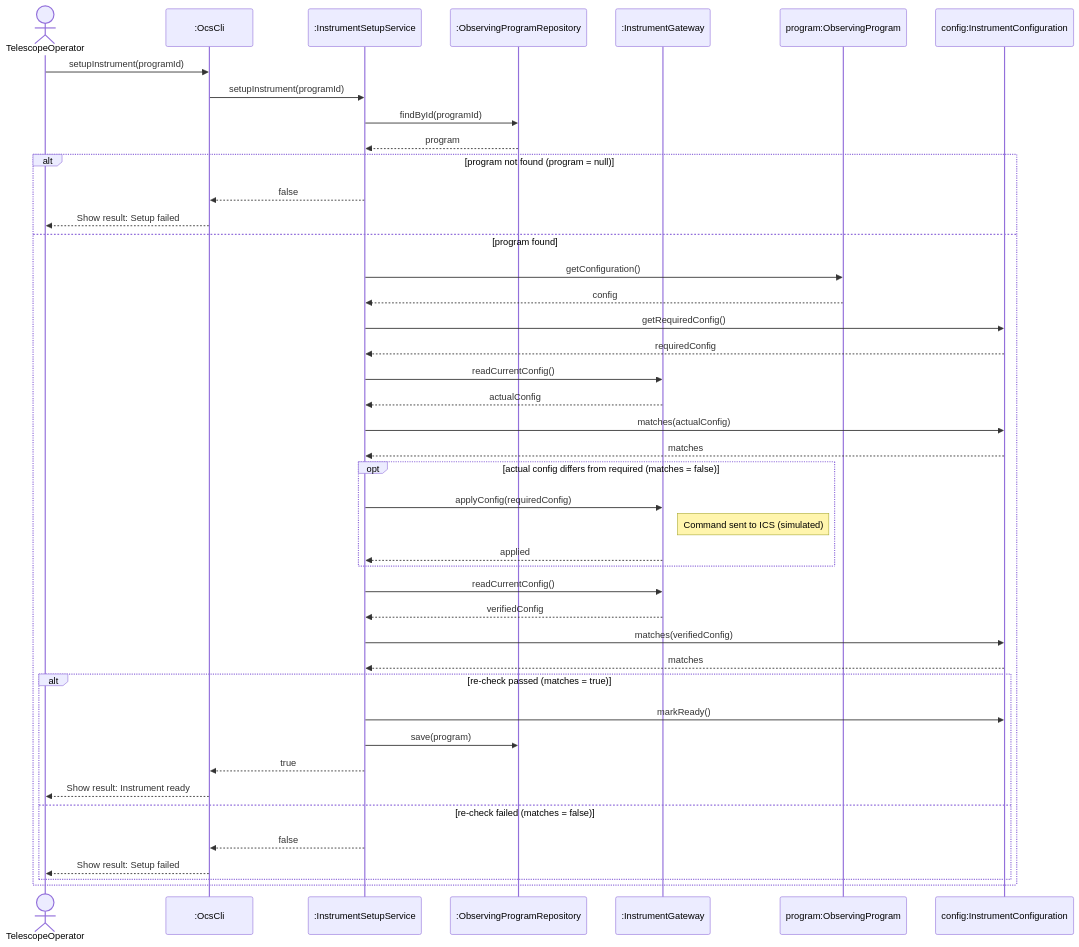
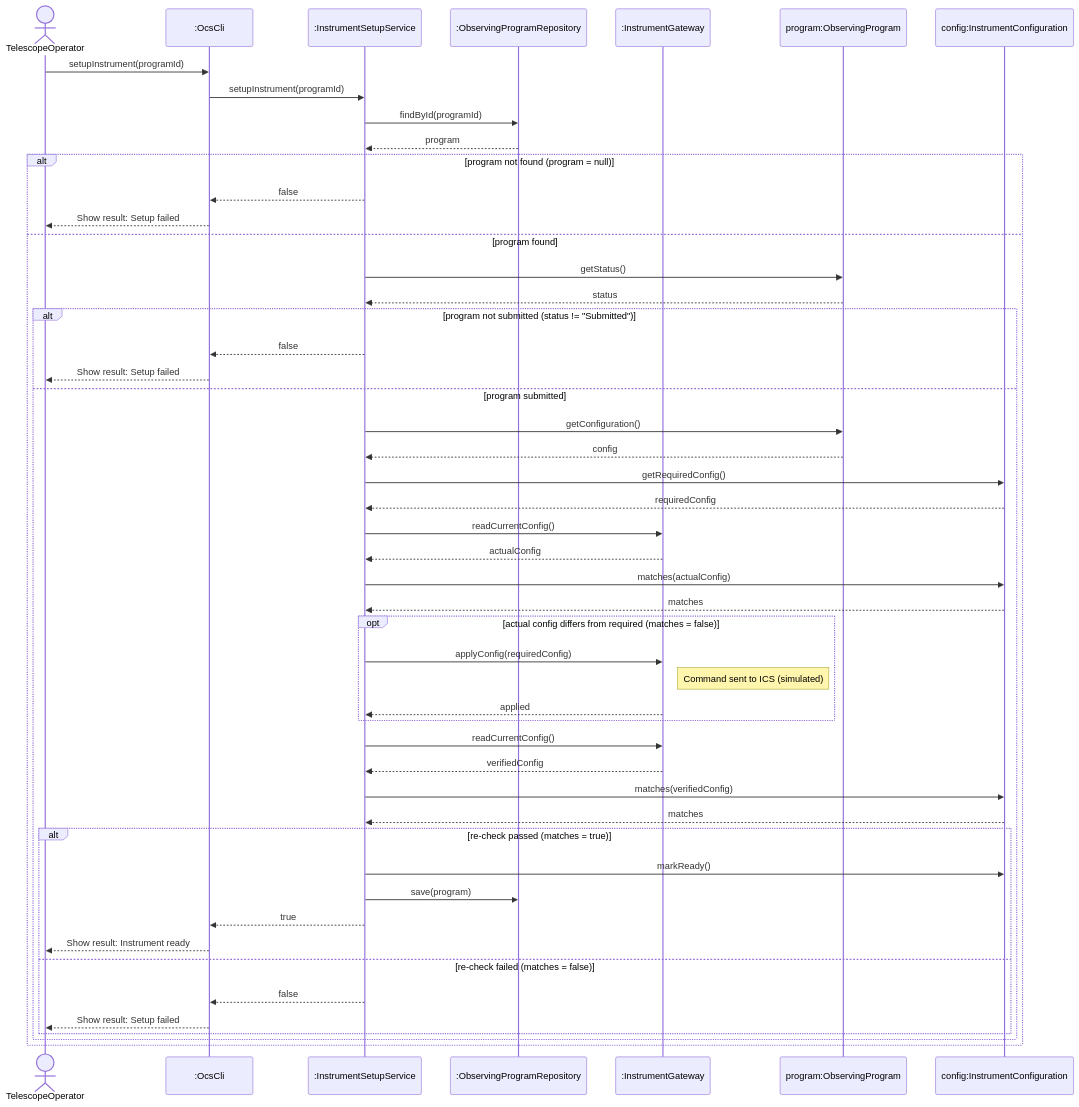
The fourth of 6 diagrams in Chicken bomb_D4_Design.md (WRNT-P/SW-design), drawn with Mermaid before and after one commit. The commit also changed other lines of this file and 6 other files, not shown here.

````diff
--- a/Chicken bomb_D4_Design.md
+++ b/Chicken bomb_D4_Design.md
@@ -475,50 +472,57 @@
 ```mermaid
 sequenceDiagram
     actor TelescopeOperator
     participant Cli as :OcsCli
     participant SetupSvc as :InstrumentSetupService
     participant ProgRepo as :ObservingProgramRepository
     participant Gateway as :InstrumentGateway
     participant Prog as program:ObservingProgram
     participant Config as config:InstrumentConfiguration
 
     TelescopeOperator->>Cli: setupInstrument(programId)
     Cli->>SetupSvc: setupInstrument(programId)
     SetupSvc->>ProgRepo: findById(programId)
     ProgRepo-->>SetupSvc: program
     alt program not found (program = null)
         SetupSvc-->>Cli: false
         Cli-->>TelescopeOperator: Show result: Setup failed
     else program found
-        SetupSvc->>Prog: getConfiguration()
-        Prog-->>SetupSvc: config
-        SetupSvc->>Config: getRequiredConfig()
-        Config-->>SetupSvc: requiredConfig
-
-        SetupSvc->>Gateway: readCurrentConfig()
-        Gateway-->>SetupSvc: actualConfig
-        SetupSvc->>Config: matches(actualConfig)
-        Config-->>SetupSvc: matches
-
-        opt actual config differs from required (matches = false)
-            SetupSvc->>Gateway: applyConfig(requiredConfig)
-            Note right of Gateway: Command sent to ICS (simulated)
-            Gateway-->>SetupSvc: applied
-        end
-
-        SetupSvc->>Gateway: readCurrentConfig()
-        Gateway-->>SetupSvc: verifiedConfig
-        SetupSvc->>Config: matches(verifiedConfig)
-        Config-->>SetupSvc: matches
-
-        alt re-check passed (matches = true)
-            SetupSvc->>Config: markReady()
-            SetupSvc->>ProgRepo: save(program)
-            SetupSvc-->>Cli: true
-            Cli-->>TelescopeOperator: Show result: Instrument ready
-        else re-check failed (matches = false)
+        SetupSvc->>Prog: getStatus()
+        Prog-->>SetupSvc: status
+        alt program not submitted (status != "Submitted")
             SetupSvc-->>Cli: false
             Cli-->>TelescopeOperator: Show result: Setup failed
+        else program submitted
+            SetupSvc->>Prog: getConfiguration()
+            Prog-->>SetupSvc: config
+            SetupSvc->>Config: getRequiredConfig()
+            Config-->>SetupSvc: requiredConfig
+
+            SetupSvc->>Gateway: readCurrentConfig()
+            Gateway-->>SetupSvc: actualConfig
+            SetupSvc->>Config: matches(actualConfig)
+            Config-->>SetupSvc: matches
+
+            opt actual config differs from required (matches = false)
+                SetupSvc->>Gateway: applyConfig(requiredConfig)
+                Note right of Gateway: Command sent to ICS (simulated)
+                Gateway-->>SetupSvc: applied
+            end
+
+            SetupSvc->>Gateway: readCurrentConfig()
+            Gateway-->>SetupSvc: verifiedConfig
+            SetupSvc->>Config: matches(verifiedConfig)
+            Config-->>SetupSvc: matches
+
+            alt re-check passed (matches = true)
+                SetupSvc->>Config: markReady()
+                SetupSvc->>ProgRepo: save(program)
+                SetupSvc-->>Cli: true
+                Cli-->>TelescopeOperator: Show result: Instrument ready
+            else re-check failed (matches = false)
+                SetupSvc-->>Cli: false
+                Cli-->>TelescopeOperator: Show result: Setup failed
+            end
         end
     end
 ```
````
